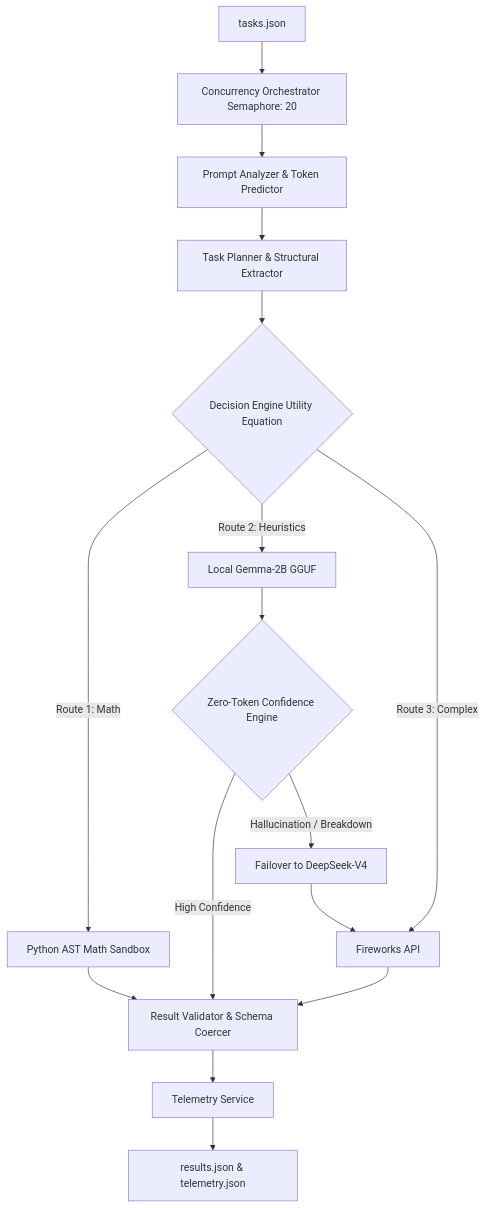
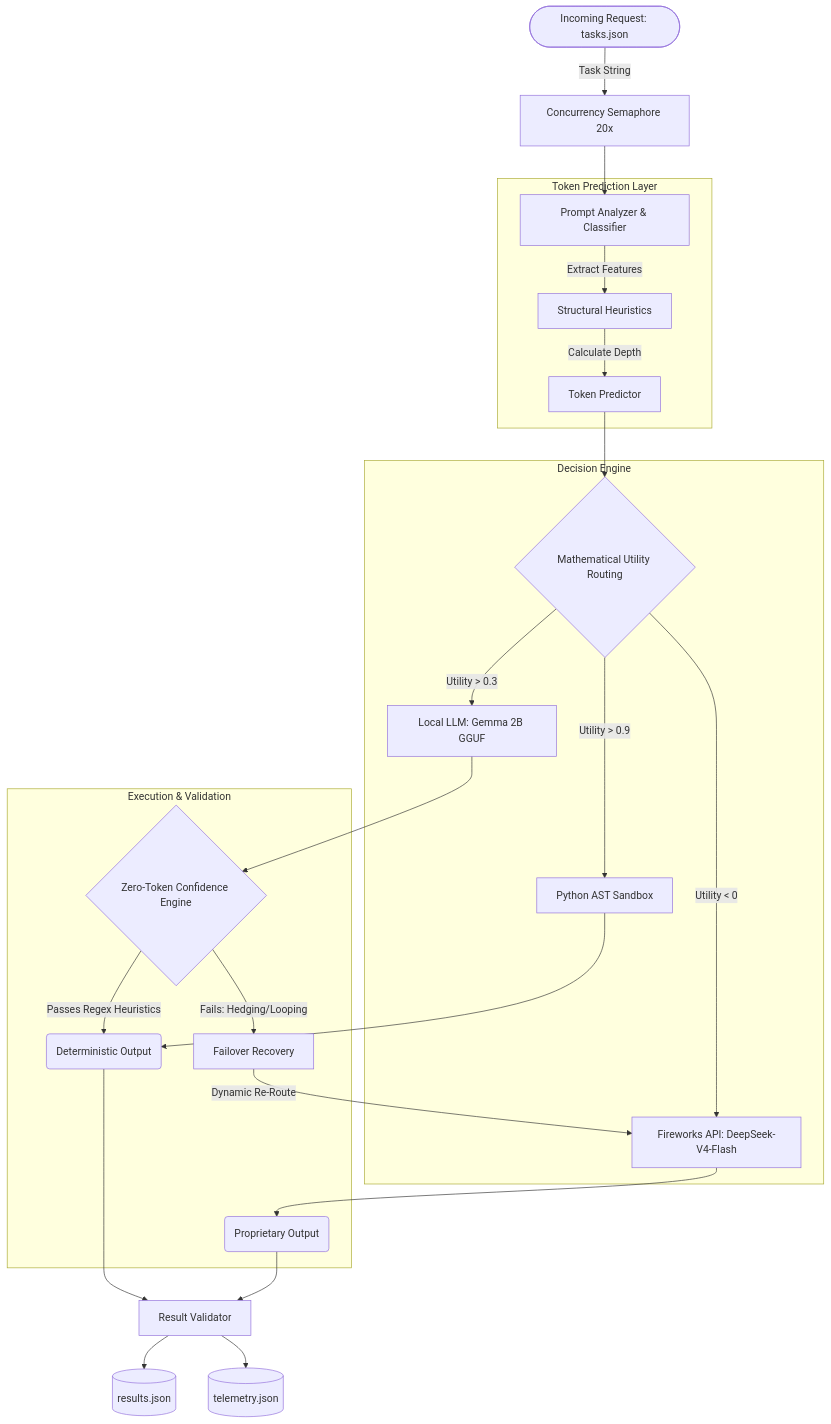
One commit to RudraMalvankar/Base42 changed the first of 2 diagrams in README.md. Above: the diagram before and after it, drawn with Mermaid. The commit also changed other lines of this file, not shown here.

Commit message:
docs: expand master README with detailed token flow, confidence diagrams, and attribution

````diff
--- a/README.md
+++ b/README.md
@@ -15,22 +18,32 @@
 ```mermaid
 graph TD
-    A[tasks.json] --> B[Concurrency Orchestrator Semaphore: 20]
-    B --> C[Prompt Analyzer & Token Predictor]
-    C --> D[Task Planner & Structural Extractor]
-    D --> E{Decision Engine Utility Equation}
+    A([Incoming Request: tasks.json]) -->|Task String| B[Concurrency Semaphore 20x]
+    B --> C[Prompt Analyzer & Classifier]
     
-    E -->|Route 1: Math| F[Python AST Math Sandbox]
-    E -->|Route 2: Heuristics| G[Local Gemma-2B GGUF]
-    E -->|Route 3: Complex| H[Fireworks API]
+    subgraph Token Prediction Layer
+    C -->|Extract Features| D[Structural Heuristics]
+    D -->|Calculate Depth| E[Token Predictor]
+    end
     
-    F --> I[Result Validator & Schema Coercer]
-    G --> J{Zero-Token Confidence Engine}
+    subgraph Decision Engine
+    E --> F{Mathematical Utility Routing}
+    F -->|Utility > 0.9| G[Python AST Sandbox]
+    F -->|Utility > 0.3| H[Local LLM: Gemma 2B GGUF]
+    F -->|Utility < 0| I[Fireworks API: DeepSeek-V4-Flash]
+    end
     
-    J -->|High Confidence| I
-    J -->|Hallucination / Breakdown| K[Failover to DeepSeek-V4]
-    K --> H
+    subgraph Execution & Validation
+    G --> J(Deterministic Output)
+    H --> K{Zero-Token Confidence Engine}
+    I --> L(Proprietary Output)
     
-    H --> I
-    I --> L[Telemetry Service]
-    L --> M[results.json & telemetry.json]
+    K -->|Passes Regex Heuristics| J
+    K -->|Fails: Hedging/Looping| M[Failover Recovery]
+    M -->|Dynamic Re-Route| I
+    end
+    
+    J --> N[Result Validator]
+    L --> N
+    N --> O[(results.json)]
+    N --> P[(telemetry.json)]
 ```
````
